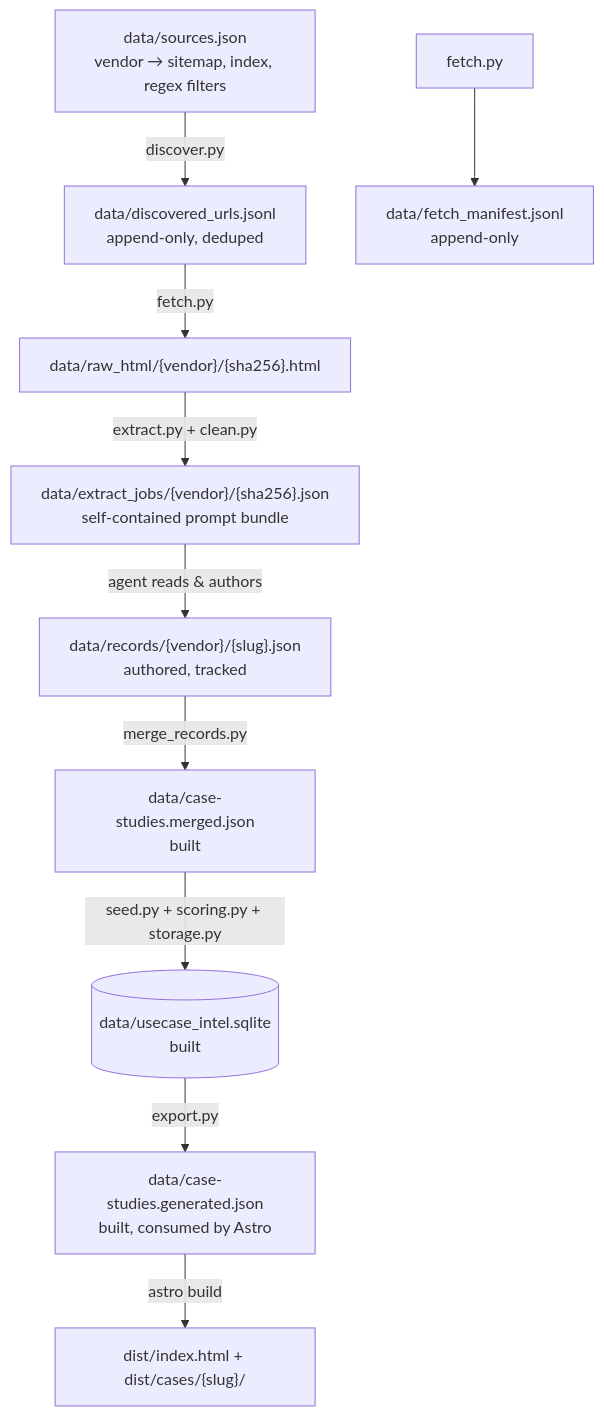
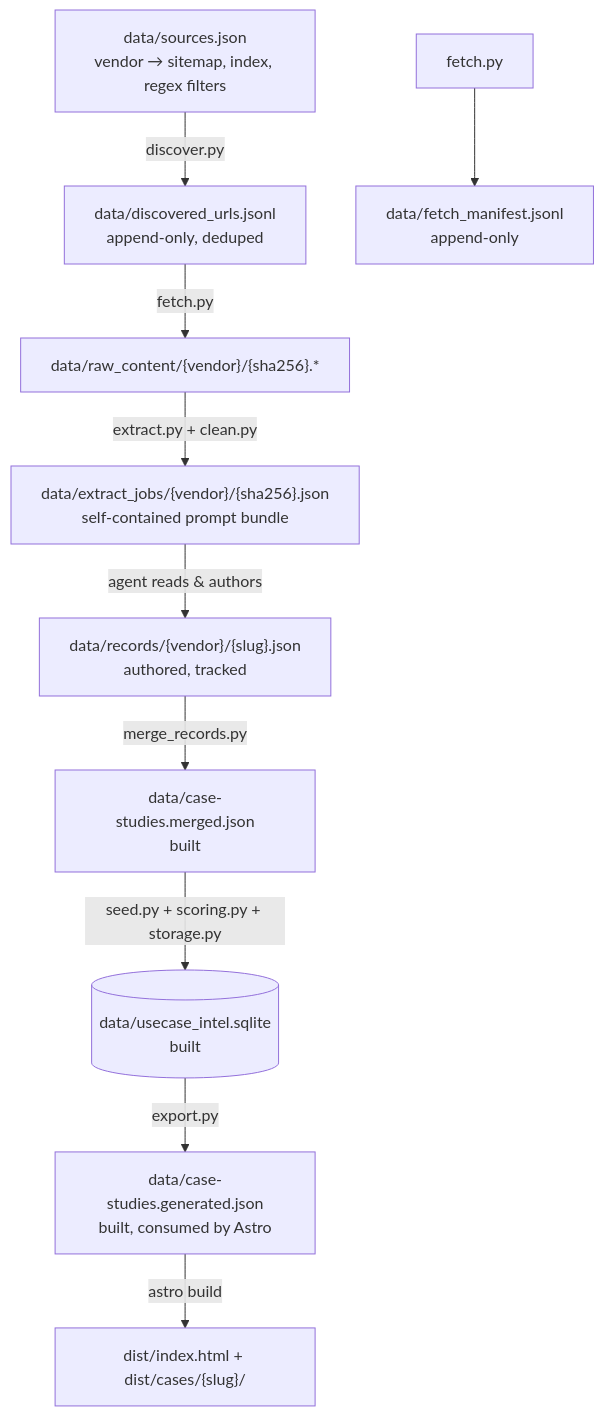
Before and after one commit to vibewatch/usecase: the second of 2 diagrams in ARCHITECTURE.md, drawn with Mermaid. The commit also changed other lines of this file and 30 other files, not shown here.

````diff
--- a/ARCHITECTURE.md
+++ b/ARCHITECTURE.md
@@ -58,23 +55,23 @@
 ```mermaid
 flowchart TD
   src[data/sources.json<br/>vendor → sitemap, index, regex filters]
   disc[data/discovered_urls.jsonl<br/>append-only, deduped]
-  raw[data/raw_html/&lcub;vendor&rcub;/&lcub;sha256&rcub;.html]
+  raw[data/raw_content/&lcub;vendor&rcub;/&lcub;sha256&rcub;.*]
   manifest[data/fetch_manifest.jsonl<br/>append-only]
   job[data/extract_jobs/&lcub;vendor&rcub;/&lcub;sha256&rcub;.json<br/>self-contained prompt bundle]
   rec[data/records/&lcub;vendor&rcub;/&lcub;slug&rcub;.json<br/>authored, tracked]
   merged[data/case-studies.merged.json<br/>built]
   db[(data/usecase_intel.sqlite<br/>built)]
   gen[data/case-studies.generated.json<br/>built, consumed by Astro]
   dash[dist/index.html + dist/cases/&lcub;slug&rcub;/]
 
   src -- discover.py --> disc
   disc -- fetch.py --> raw
   fetch.py --> manifest
   raw -- extract.py + clean.py --> job
   job -- "agent reads & authors" --> rec
   rec -- merge_records.py --> merged
   merged -- seed.py + scoring.py + storage.py --> db
   db -- export.py --> gen
   gen -- astro build --> dash
 ```
````
